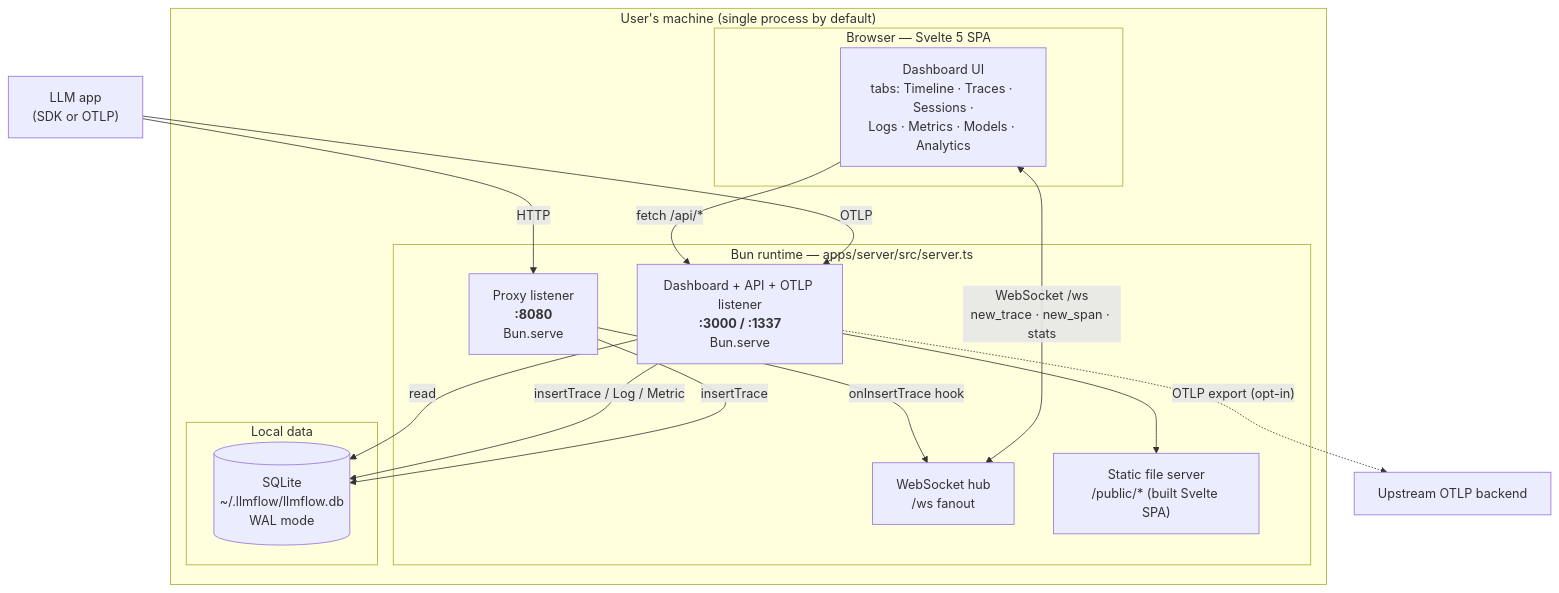
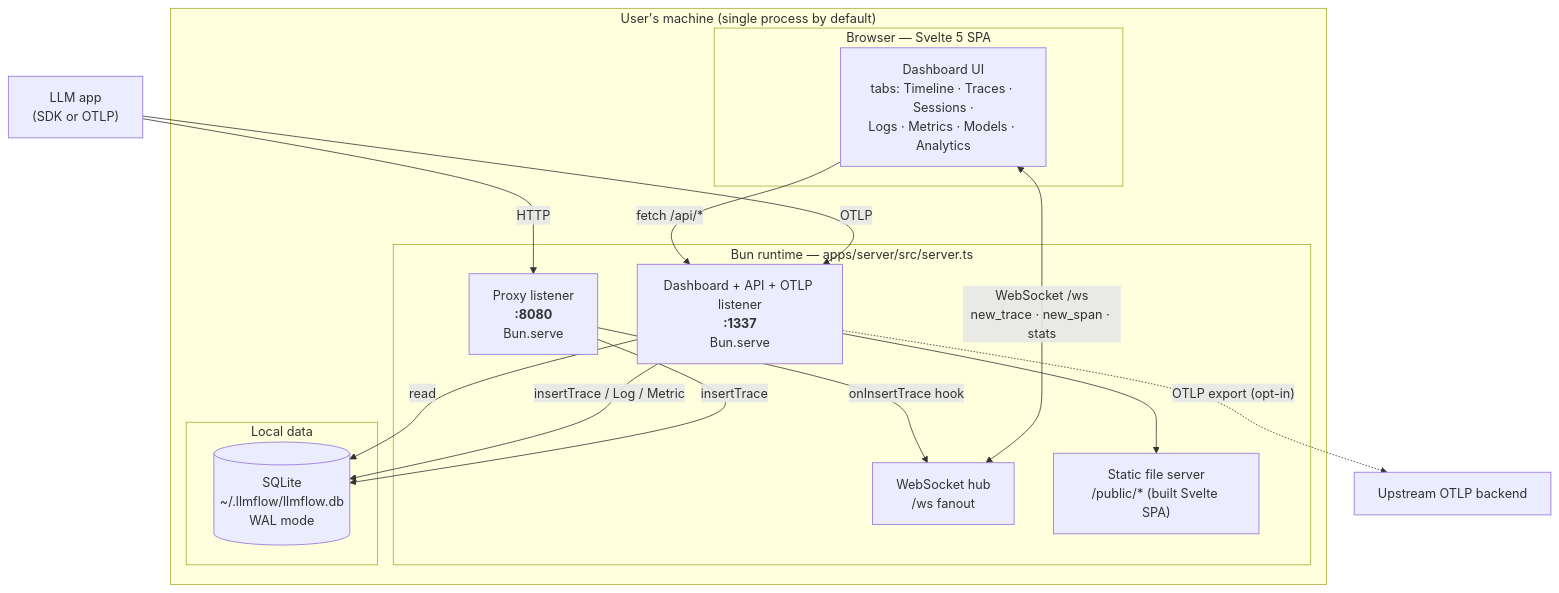
Before and after one commit to HelgeSverre/llmflow: the second of 10 diagrams in ARCHITECTURE.md, drawn with Mermaid. The commit also changed other lines of this file and 5 other files, not shown here.

````diff
--- a/ARCHITECTURE.md
+++ b/ARCHITECTURE.md
@@ -68,30 +68,30 @@
 ```mermaid
 graph TB
     subgraph host["User's machine (single process by default)"]
         subgraph bun["Bun runtime — apps/server/src/server.ts"]
             PROXY["Proxy listener<br/><b>:8080</b><br/>Bun.serve"]
-            DASH["Dashboard + API + OTLP listener<br/><b>:3000 / :1337</b><br/>Bun.serve"]
+            DASH["Dashboard + API + OTLP listener<br/><b>:1337</b><br/>Bun.serve"]
             WS["WebSocket hub<br/>/ws fanout"]
             STATIC["Static file server<br/>/public/* (built Svelte SPA)"]
         end
 
         subgraph data["Local data"]
             SQLITE[(SQLite<br/>~/.llmflow/llmflow.db<br/>WAL mode)]
         end
 
         subgraph spa["Browser — Svelte 5 SPA"]
             DASHBOARD["Dashboard UI<br/>tabs: Timeline · Traces · Sessions ·<br/>Logs · Metrics · Models · Analytics"]
         end
     end
 
     CLIENT["LLM app<br/>(SDK or OTLP)"] -->|"HTTP"| PROXY
     CLIENT -->|"OTLP"| DASH
     DASHBOARD -->|"fetch /api/*"| DASH
     DASHBOARD <-->|"WebSocket /ws<br/>new_trace · new_span · stats"| WS
     DASH --> STATIC
     PROXY -->|"insertTrace"| SQLITE
     DASH -->|"insertTrace / Log / Metric"| SQLITE
     DASH -->|"read"| SQLITE
     PROXY -->|"onInsertTrace hook"| WS
     DASH -.->|"OTLP export (opt-in)"| EXTERNAL["Upstream OTLP backend"]
 ```
````
